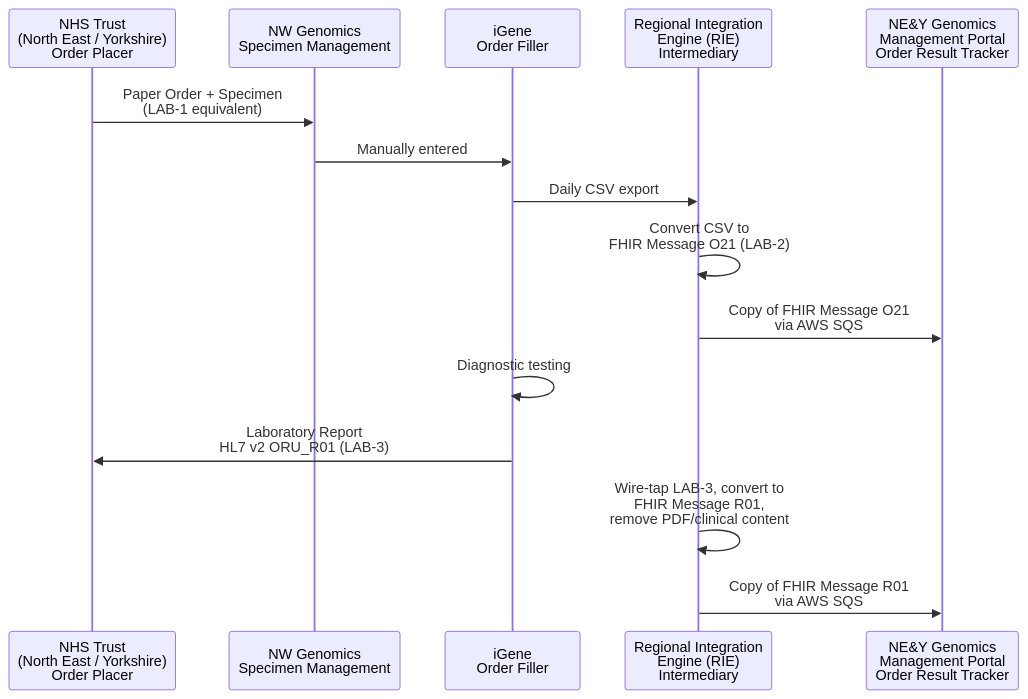
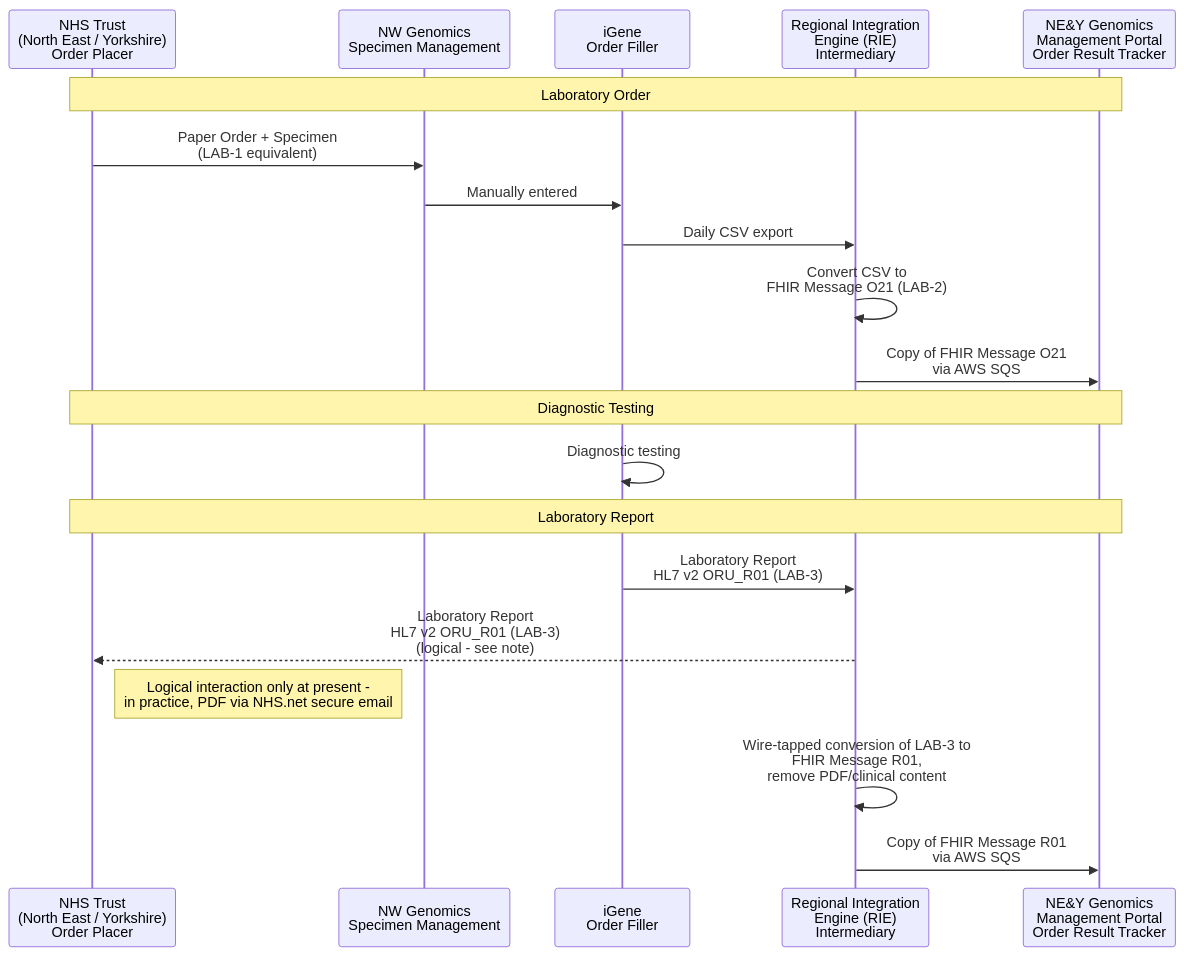
Before and after one commit to nw-gmsa/nw-gmsa.github.com: the second of 2 diagrams in input/pagecontent/NEYManagementInformation.md, drawn with Mermaid. The commit also changed other lines of this file, not shown here.

First line of the commit message:
Sync NEY Management Information narrative to the updated LAB-3 sequence

````diff
--- a/input/pagecontent/NEYManagementInformation.md
+++ b/input/pagecontent/NEYManagementInformation.md
@@ -98,18 +100,23 @@
 ```mermaid
 sequenceDiagram
     participant Trust as NHS Trust<br/>(North East / Yorkshire)<br/>Order Placer
     participant SpecMgmt as NW Genomics<br/>Specimen Management
     participant iGene as iGene<br/>Order Filler
     participant RIE as Regional Integration<br/>Engine (RIE)<br/>Intermediary
     participant NEY as NE&Y Genomics<br/>Management Portal<br/>Order Result Tracker
 
+    note over Trust,NEY: Laboratory Order
     Trust ->> SpecMgmt: Paper Order + Specimen<br/>(LAB-1 equivalent)
     SpecMgmt ->> iGene: Manually entered
     iGene ->> RIE: Daily CSV export
     RIE ->> RIE: Convert CSV to<br/>FHIR Message O21 (LAB-2)
     RIE ->> NEY: Copy of FHIR Message O21<br/>via AWS SQS
+    note over Trust,NEY: Diagnostic Testing
     iGene ->> iGene: Diagnostic testing
-    iGene ->> Trust: Laboratory Report<br/>HL7 v2 ORU_R01 (LAB-3)
-    RIE ->> RIE: Wire-tap LAB-3, convert to<br/>FHIR Message R01,<br/>remove PDF/clinical content
+    note over Trust,NEY: Laboratory Report
+    iGene ->> RIE: Laboratory Report<br/>HL7 v2 ORU_R01 (LAB-3)
+    RIE -->> Trust: Laboratory Report<br/>HL7 v2 ORU_R01 (LAB-3)<br/>(logical - see note)
+    note right of Trust: Logical interaction only at present -<br/>in practice, PDF via NHS.net secure email
+    RIE ->> RIE: Wire-tapped conversion of LAB-3 to<br/>FHIR Message R01,<br/>remove PDF/clinical content
     RIE ->> NEY: Copy of FHIR Message R01<br/>via AWS SQS
 ```
````
